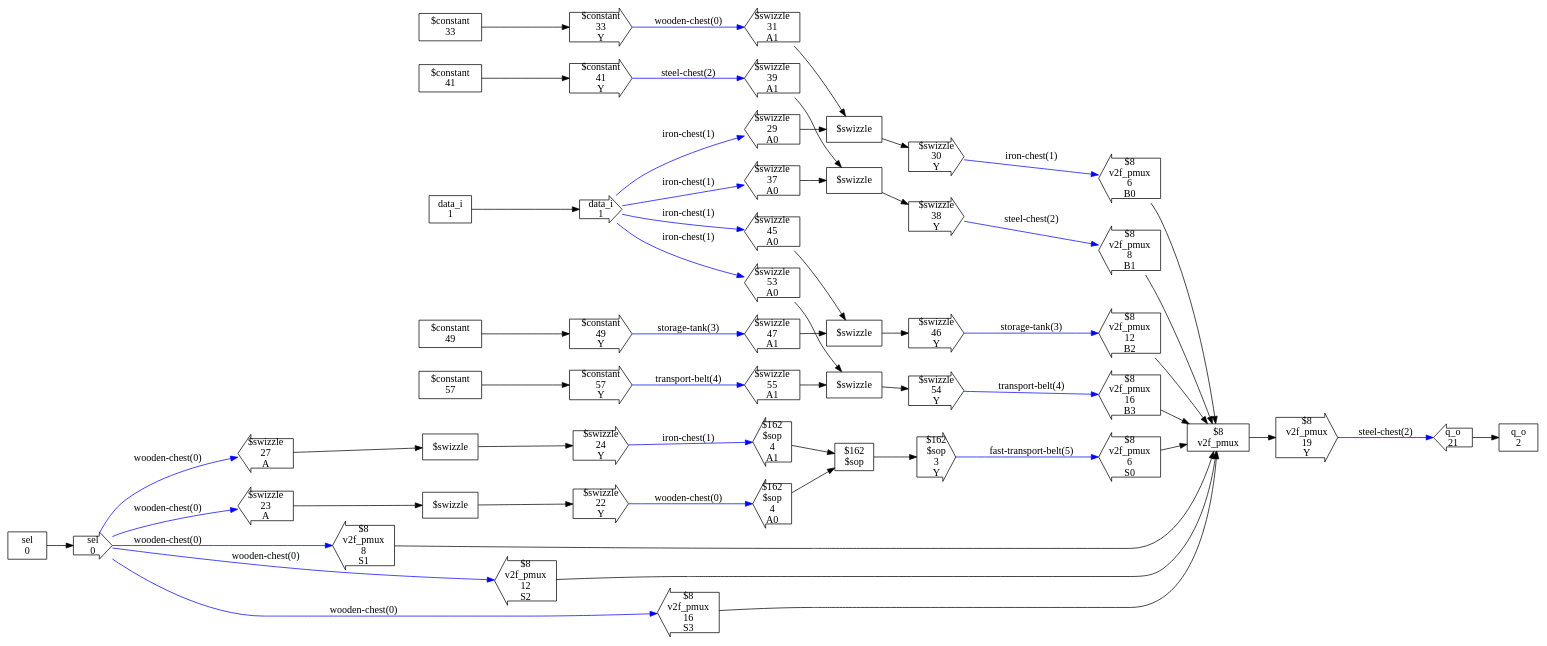
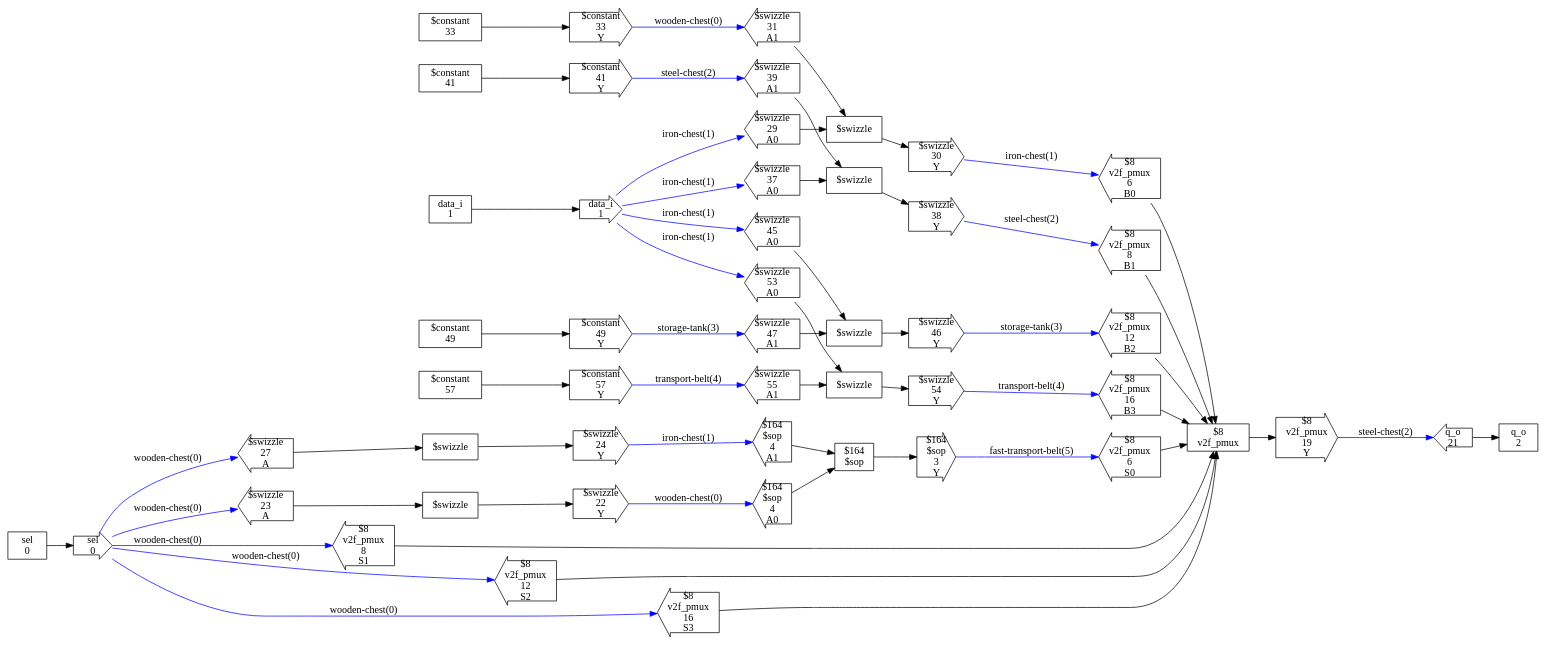
One commit to ben-j-c/verilog2factorio changed the diagram in test_designs/swizzle_pmux/checked_design.dot. Above: the diagram before and after it, drawn with Graphviz. The commit also changed 62 other files, not shown here.

```diff
--- a/test_designs/swizzle_pmux/checked_design.dot
+++ b/test_designs/swizzle_pmux/checked_design.dot
@@ -1,197 +1,197 @@
 digraph CheckedDesign {
   rankdir=LR
   n0[shape=box,label="sel
 0"]
   n1[shape=box,label="data_i
 1"]
   n2[shape=box,label="q_o
 2"]
-  n4[shape=box,label="$162
+  n3[shape=box,label="$164
 $sop"]
-  n7[shape=box,label="$8
+  n5[shape=box,label="$8
 v2f_pmux"]
   n8[shape=rarrow,label="sel
 0"]
   n9[shape=rarrow,label="data_i
 1"]
   n10[shape=larrow,label="q_o
 21"]
-  n14[shape=larrow,label="$162
+  n11[shape=larrow,label="$164
 $sop
 4
 A0"]
-  n15[shape=larrow,label="$162
+  n12[shape=larrow,label="$164
 $sop
 4
 A1"]
-  n16[shape=rarrow,label="$162
+  n13[shape=rarrow,label="$164
 $sop
 3
 Y"]
-  n23[shape=larrow,label="$8
+  n17[shape=larrow,label="$8
 v2f_pmux
 6
 B0"]
-  n24[shape=larrow,label="$8
+  n18[shape=larrow,label="$8
 v2f_pmux
 8
 B1"]
-  n25[shape=larrow,label="$8
+  n19[shape=larrow,label="$8
 v2f_pmux
 12
 B2"]
-  n26[shape=larrow,label="$8
+  n20[shape=larrow,label="$8
 v2f_pmux
 16
 B3"]
-  n27[shape=larrow,label="$8
+  n21[shape=larrow,label="$8
 v2f_pmux
 6
 S0"]
-  n28[shape=larrow,label="$8
+  n22[shape=larrow,label="$8
 v2f_pmux
 8
 S1"]
-  n29[shape=larrow,label="$8
+  n23[shape=larrow,label="$8
 v2f_pmux
 12
 S2"]
-  n30[shape=larrow,label="$8
+  n24[shape=larrow,label="$8
 v2f_pmux
 16
 S3"]
-  n31[shape=rarrow,label="$8
+  n25[shape=rarrow,label="$8
 v2f_pmux
 19
 Y"]
-  n34[shape=box,label="$swizzle"]
-  n35[shape=rarrow,label="$swizzle
+  n32[shape=box,label="$swizzle"]
+  n33[shape=rarrow,label="$swizzle
 22
 Y"]
-  n36[shape=larrow,label="$swizzle
+  n34[shape=larrow,label="$swizzle
 23
 A"]
-  n37[shape=box,label="$swizzle"]
-  n38[shape=rarrow,label="$swizzle
+  n35[shape=box,label="$swizzle"]
+  n36[shape=rarrow,label="$swizzle
 24
 Y"]
-  n39[shape=larrow,label="$swizzle
+  n37[shape=larrow,label="$swizzle
 27
 A"]
-  n44[shape=box,label="$swizzle"]
-  n45[shape=rarrow,label="$swizzle
+  n40[shape=box,label="$swizzle"]
+  n41[shape=rarrow,label="$swizzle
 30
 Y"]
-  n46[shape=larrow,label="$swizzle
+  n42[shape=larrow,label="$swizzle
 29
 A0"]
-  n47[shape=larrow,label="$swizzle
+  n43[shape=larrow,label="$swizzle
 31
 A1"]
-  n48[shape=box,label="$constant
+  n44[shape=box,label="$constant
 33"]
-  n49[shape=rarrow,label="$constant
+  n45[shape=rarrow,label="$constant
 33
 Y"]
-  n50[shape=box,label="$swizzle"]
-  n51[shape=rarrow,label="$swizzle
+  n46[shape=box,label="$swizzle"]
+  n47[shape=rarrow,label="$swizzle
 38
 Y"]
-  n52[shape=larrow,label="$swizzle
+  n48[shape=larrow,label="$swizzle
 37
 A0"]
-  n53[shape=larrow,label="$swizzle
+  n49[shape=larrow,label="$swizzle
 39
 A1"]
-  n54[shape=box,label="$constant
+  n50[shape=box,label="$constant
 41"]
-  n55[shape=rarrow,label="$constant
+  n51[shape=rarrow,label="$constant
 41
 Y"]
-  n56[shape=box,label="$swizzle"]
-  n57[shape=rarrow,label="$swizzle
+  n52[shape=box,label="$swizzle"]
+  n53[shape=rarrow,label="$swizzle
 46
 Y"]
-  n58[shape=larrow,label="$swizzle
+  n54[shape=larrow,label="$swizzle
 45
 A0"]
-  n59[shape=larrow,label="$swizzle
+  n55[shape=larrow,label="$swizzle
 47
 A1"]
-  n60[shape=box,label="$constant
+  n56[shape=box,label="$constant
 49"]
-  n61[shape=rarrow,label="$constant
+  n57[shape=rarrow,label="$constant
 49
 Y"]
-  n62[shape=box,label="$swizzle"]
-  n63[shape=rarrow,label="$swizzle
+  n58[shape=box,label="$swizzle"]
+  n59[shape=rarrow,label="$swizzle
 54
 Y"]
-  n64[shape=larrow,label="$swizzle
+  n60[shape=larrow,label="$swizzle
 53
 A0"]
-  n65[shape=larrow,label="$swizzle
+  n61[shape=larrow,label="$swizzle
 55
 A1"]
-  n66[shape=box,label="$constant
+  n62[shape=box,label="$constant
 57"]
-  n67[shape=rarrow,label="$constant
+  n63[shape=rarrow,label="$constant
 57
 Y"]
   n0 -> n8
   n1 -> n9
-  n4 -> n16
-  n7 -> n31
-  n8 -> n36 [label="wooden-chest(0)",syle=bold,color=blue]
-  n8 -> n39 [label="wooden-chest(0)",syle=bold,color=blue]
-  n8 -> n28 [label="wooden-chest(0)",syle=bold,color=blue]
-  n8 -> n29 [label="wooden-chest(0)",syle=bold,color=blue]
-  n8 -> n30 [label="wooden-chest(0)",syle=bold,color=blue]
-  n9 -> n46 [label="iron-chest(1)",syle=bold,color=blue]
-  n9 -> n52 [label="iron-chest(1)",syle=bold,color=blue]
-  n9 -> n58 [label="iron-chest(1)",syle=bold,color=blue]
-  n9 -> n64 [label="iron-chest(1)",syle=bold,color=blue]
+  n3 -> n13
+  n5 -> n25
+  n8 -> n34 [label="wooden-chest(0)",syle=bold,color=blue]
+  n8 -> n37 [label="wooden-chest(0)",syle=bold,color=blue]
+  n8 -> n22 [label="wooden-chest(0)",syle=bold,color=blue]
+  n8 -> n23 [label="wooden-chest(0)",syle=bold,color=blue]
+  n8 -> n24 [label="wooden-chest(0)",syle=bold,color=blue]
+  n9 -> n42 [label="iron-chest(1)",syle=bold,color=blue]
+  n9 -> n48 [label="iron-chest(1)",syle=bold,color=blue]
+  n9 -> n54 [label="iron-chest(1)",syle=bold,color=blue]
+  n9 -> n60 [label="iron-chest(1)",syle=bold,color=blue]
   n10 -> n2
-  n14 -> n4
-  n15 -> n4
-  n16 -> n27 [label="fast-transport-belt(5)",syle=bold,color=blue]
-  n23 -> n7
-  n24 -> n7
-  n25 -> n7
-  n26 -> n7
-  n27 -> n7
-  n28 -> n7
-  n29 -> n7
-  n30 -> n7
-  n31 -> n10 [label="steel-chest(2)",syle=bold,color=blue]
-  n34 -> n35
-  n35 -> n14 [label="wooden-chest(0)",syle=bold,color=blue]
-  n36 -> n34
-  n37 -> n38
-  n38 -> n15 [label="iron-chest(1)",syle=bold,color=blue]
-  n39 -> n37
+  n11 -> n3
+  n12 -> n3
+  n13 -> n21 [label="fast-transport-belt(5)",syle=bold,color=blue]
+  n17 -> n5
+  n18 -> n5
+  n19 -> n5
+  n20 -> n5
+  n21 -> n5
+  n22 -> n5
+  n23 -> n5
+  n24 -> n5
+  n25 -> n10 [label="steel-chest(2)",syle=bold,color=blue]
+  n32 -> n33
+  n33 -> n11 [label="wooden-chest(0)",syle=bold,color=blue]
+  n34 -> n32
+  n35 -> n36
+  n36 -> n12 [label="iron-chest(1)",syle=bold,color=blue]
+  n37 -> n35
+  n40 -> n41
+  n41 -> n17 [label="iron-chest(1)",syle=bold,color=blue]
+  n42 -> n40
+  n43 -> n40
   n44 -> n45
-  n45 -> n23 [label="iron-chest(1)",syle=bold,color=blue]
-  n46 -> n44
-  n47 -> n44
-  n48 -> n49
-  n49 -> n47 [label="wooden-chest(0)",syle=bold,color=blue]
+  n45 -> n43 [label="wooden-chest(0)",syle=bold,color=blue]
+  n46 -> n47
+  n47 -> n18 [label="steel-chest(2)",syle=bold,color=blue]
+  n48 -> n46
+  n49 -> n46
   n50 -> n51
-  n51 -> n24 [label="steel-chest(2)",syle=bold,color=blue]
-  n52 -> n50
-  n53 -> n50
-  n54 -> n55
-  n55 -> n53 [label="steel-chest(2)",syle=bold,color=blue]
+  n51 -> n49 [label="steel-chest(2)",syle=bold,color=blue]
+  n52 -> n53
+  n53 -> n19 [label="storage-tank(3)",syle=bold,color=blue]
+  n54 -> n52
+  n55 -> n52
   n56 -> n57
-  n57 -> n25 [label="storage-tank(3)",syle=bold,color=blue]
-  n58 -> n56
-  n59 -> n56
-  n60 -> n61
-  n61 -> n59 [label="storage-tank(3)",syle=bold,color=blue]
+  n57 -> n55 [label="storage-tank(3)",syle=bold,color=blue]
+  n58 -> n59
+  n59 -> n20 [label="transport-belt(4)",syle=bold,color=blue]
+  n60 -> n58
+  n61 -> n58
   n62 -> n63
-  n63 -> n26 [label="transport-belt(4)",syle=bold,color=blue]
-  n64 -> n62
-  n65 -> n62
-  n66 -> n67
-  n67 -> n65 [label="transport-belt(4)",syle=bold,color=blue]
+  n63 -> n61 [label="transport-belt(4)",syle=bold,color=blue]
 }
```
